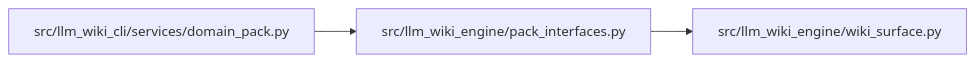
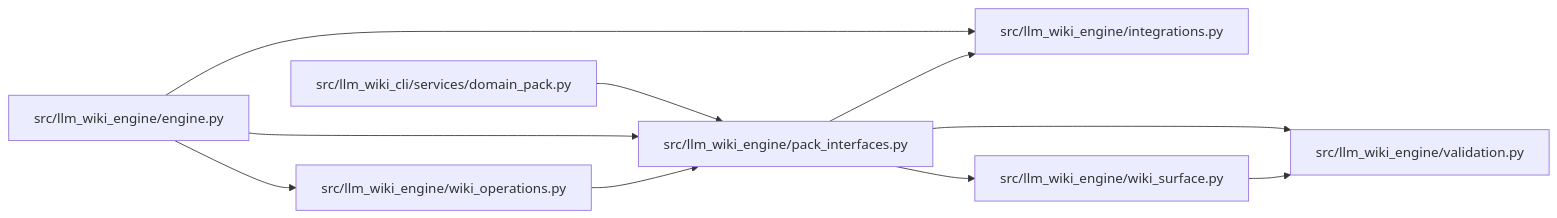
One commit to Denissvgn/python-wiki-llm changed the diagram in docs/llm_wiki/modules/pack_interfaces.md. Above: the diagram before and after it, drawn with Mermaid. The commit also changed other lines of this file and 719 other files, not shown here.

Commit message:
docs: refresh the wiki for the engine's own use cases

````diff
--- a/docs/llm_wiki/modules/pack_interfaces.md
+++ b/docs/llm_wiki/modules/pack_interfaces.md
@@ -37,11 +43,26 @@
 ```mermaid
 flowchart LR
     n0["src/llm_wiki_cli/services/domain_pack.py"]
-    n1["src/llm_wiki_engine/pack_interfaces.py"]
-    n2["src/llm_wiki_engine/wiki_surface.py"]
-    n0 --> n1
+    n1["src/llm_wiki_engine/engine.py"]
+    n2["src/llm_wiki_engine/integrations.py"]
+    n3["src/llm_wiki_engine/pack_interfaces.py"]
+    n4["src/llm_wiki_engine/validation.py"]
+    n5["src/llm_wiki_engine/wiki_operations.py"]
+    n6["src/llm_wiki_engine/wiki_surface.py"]
+    n0 --> n3
     n1 --> n2
+    n1 --> n3
+    n1 --> n5
+    n3 --> n2
+    n3 --> n4
+    n3 --> n6
+    n5 --> n3
+    n6 --> n4
     click n0 "../modules/domain_pack.md"
-    click n1 "../modules/pack_interfaces.md"
-    click n2 "../modules/wiki_surface.md"
+    click n1 "../modules/engine.md"
+    click n2 "../modules/integrations.md"
+    click n3 "../modules/pack_interfaces.md"
+    click n4 "../modules/validation.md"
+    click n5 "../modules/wiki_operations.md"
+    click n6 "../modules/wiki_surface.md"
 ```
````
